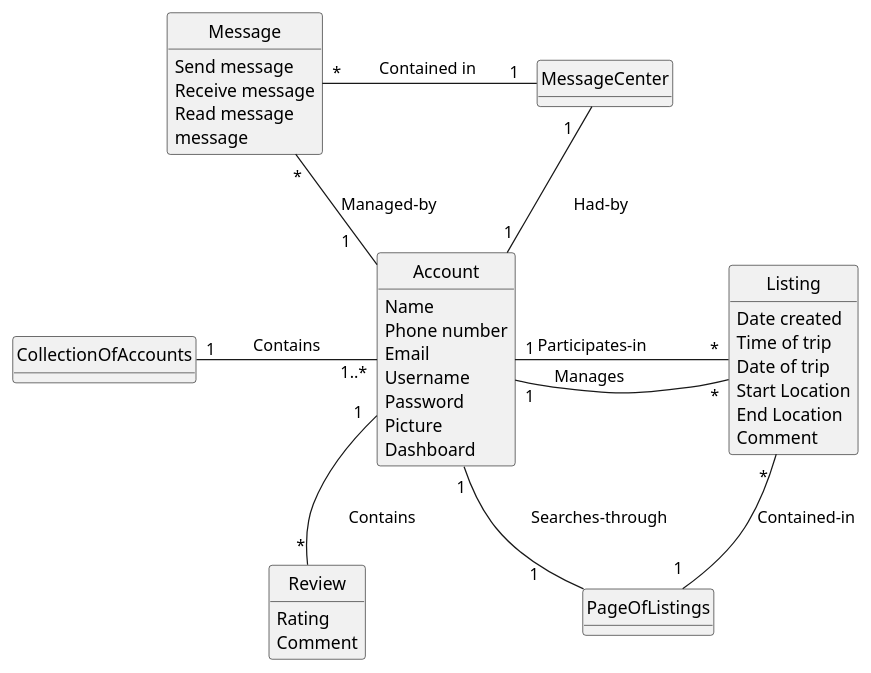
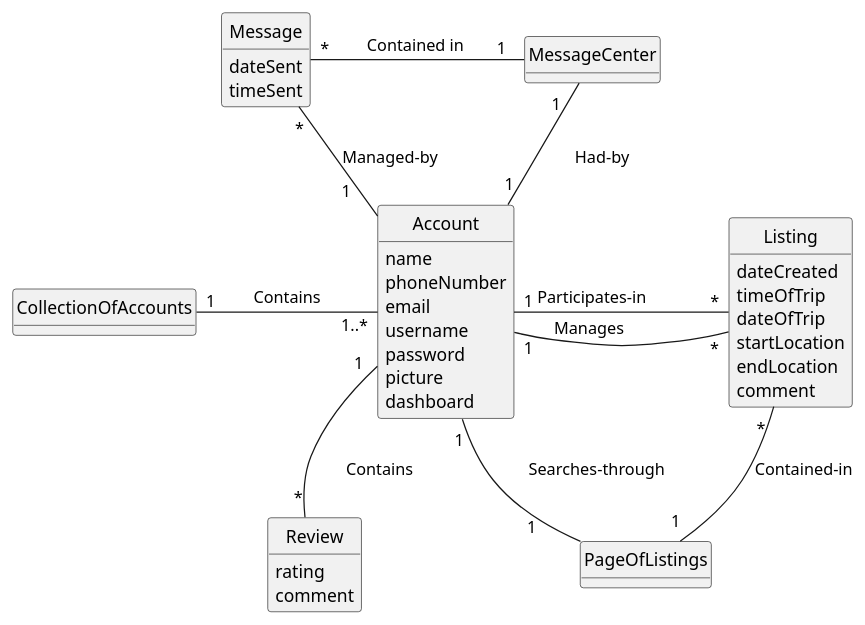
The first of 5 diagrams in doc/design.md (PriyaMulla/Carpool-Connect-VC), drawn with PlantUML before and after one commit. The commit also changed other lines of this file and 10 other files, not shown here.

````diff
--- a/doc/design.md
+++ b/doc/design.md
@@ -3,57 +3,55 @@
 ```plantuml
 @startuml
 hide circle
 hide empty methods 
 
 'classes
 
 class PageOfListings{
 }
 class Listing{
-Date created
-Time of trip
-Date of trip
-Start Location
-End Location
-Comment
+dateCreated
+timeOfTrip
+dateOfTrip
+startLocation
+endLocation
+comment
 }
 
 class Account{
-Name
-Phone number
-Email
-Username
-Password
-Picture
-Dashboard
+name
+phoneNumber
+email
+username
+password
+picture
+dashboard
 }
 
 class Message {
-Send message
-Receive message
-Read message
-message
+dateSent
+timeSent
 }
 
 class MessageCenter{
 }
 
 class Review{
-Rating
-Comment
+rating
+comment
 }
 
 class CollectionOfAccounts{
 }
 ' associations
 PageOfListings "1  " -left- "\t\t\t\t*" Listing : Contained-in\t\t
 MessageCenter "1  " -left- "*" Message: \tContained in\t\t
 Account "1" -up- "\t\t\t1" MessageCenter : \tHad-by\t\t
 Account "1" -up- "1        " PageOfListings : \tSearches-through\t\t
 Account "1" -right- "*" Listing : Manages\t\t
 Account "1" -up-- "*" Listing : Participates-in\t\t
 Account "1    " -up- "*" Message : Managed-by\t\t
 Account "1 " -- "*" Review : \tContains\t\t
 CollectionOfAccounts "1" -right- "1..*" Account : \tContains\t\t
 @enduml
 ```
````
